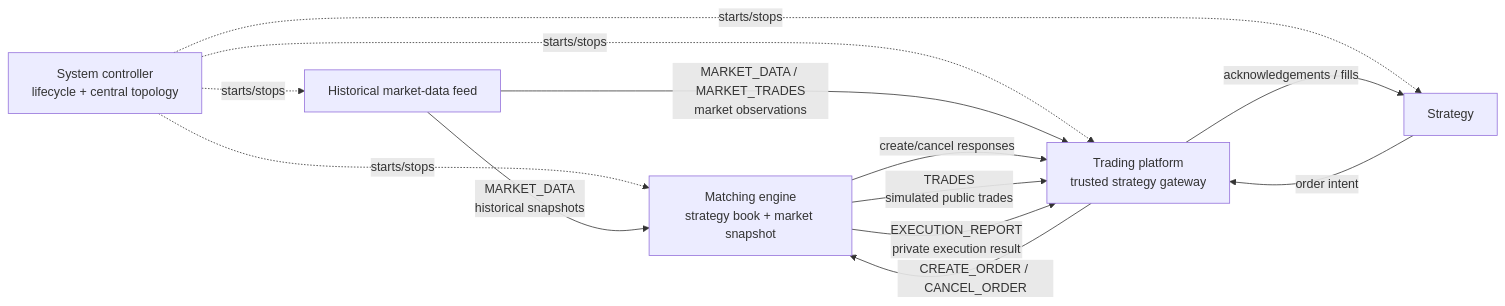
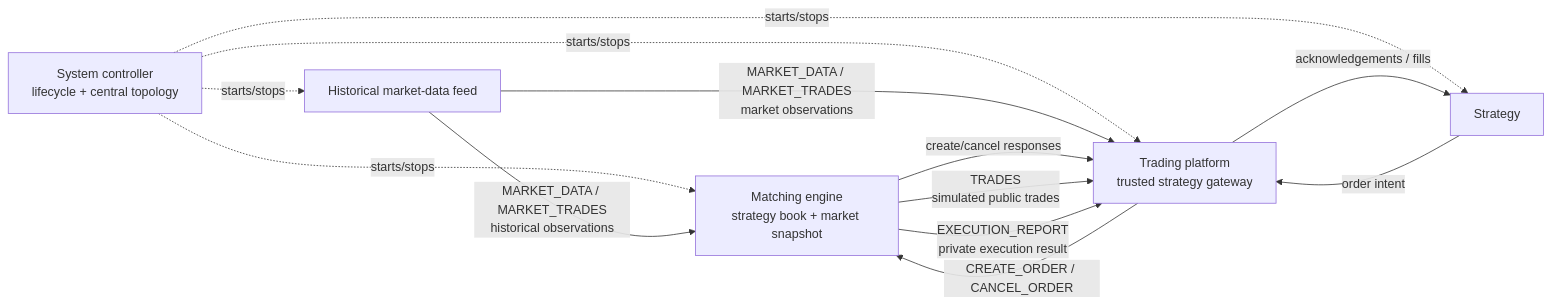
One commit to Jai280799/exchange-simulator changed the diagram in docs/architecture.md. Above: the diagram before and after it, drawn with Mermaid. The commit also changed other lines of this file and 14 other files, not shown here.

````diff
--- a/docs/architecture.md
+++ b/docs/architecture.md
@@ -28,22 +28,22 @@
 ```mermaid
 flowchart LR
     SC[System controller<br/>lifecycle + central topology]
     FEED[Historical market-data feed]
     ENGINE[Matching engine<br/>strategy book + market snapshot]
     PLATFORM[Trading platform<br/>trusted strategy gateway]
     STRATEGY[Strategy]
 
     SC -. starts/stops .-> FEED
     SC -. starts/stops .-> ENGINE
     SC -. starts/stops .-> PLATFORM
     SC -. starts/stops .-> STRATEGY
 
-    FEED -- MARKET_DATA<br/>historical snapshots --> ENGINE
+    FEED -- MARKET_DATA / MARKET_TRADES<br/>historical observations --> ENGINE
     FEED -- MARKET_DATA / MARKET_TRADES<br/>market observations --> PLATFORM
     STRATEGY -- order intent --> PLATFORM
     PLATFORM -- CREATE_ORDER / CANCEL_ORDER --> ENGINE
     ENGINE -- create/cancel responses --> PLATFORM
     ENGINE -- TRADES<br/>simulated public trades --> PLATFORM
     ENGINE -- EXECUTION_REPORT<br/>private execution result --> PLATFORM
     PLATFORM -- acknowledgements / fills --> STRATEGY
 ```
````
